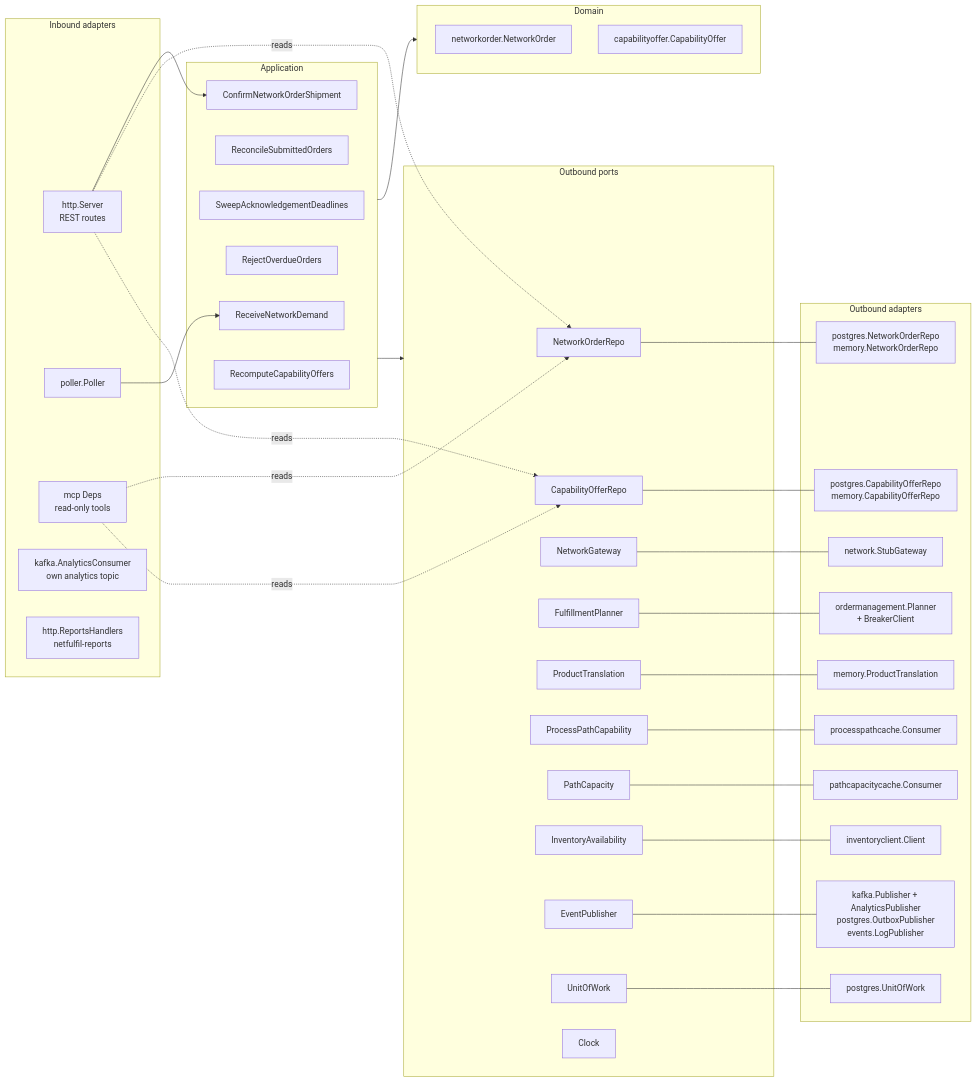
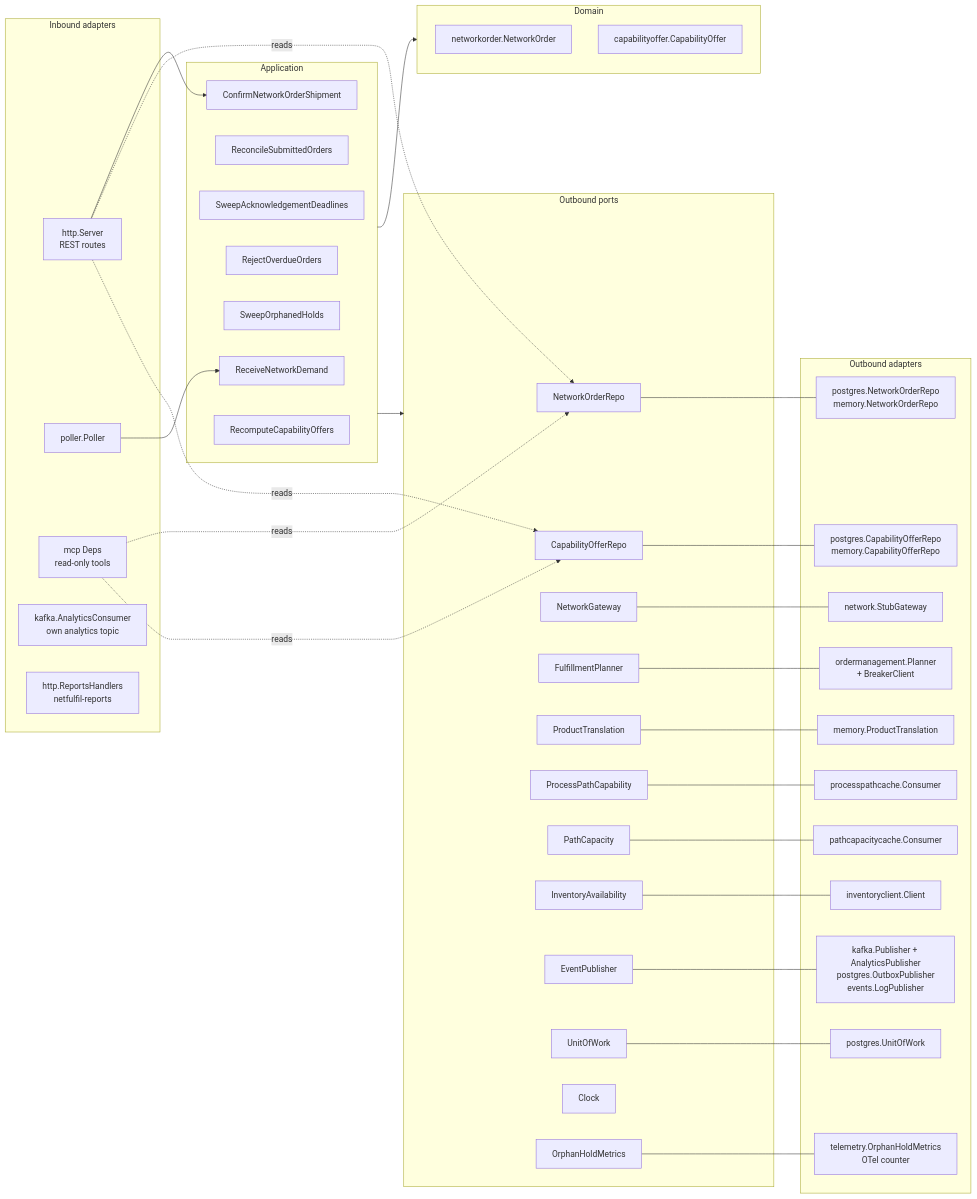
The fourth of 4 diagrams in docs/contexts/network-fulfillment/class-diagram.md (IQVO/warehouse-docs), drawn with Mermaid before and after one commit. The commit also changed other lines of this file and 53 other files, not shown here.

````diff
--- a/docs/contexts/network-fulfillment/class-diagram.md
+++ b/docs/contexts/network-fulfillment/class-diagram.md
@@ -246,65 +282,69 @@
 ```mermaid
 flowchart LR
     subgraph IN["Inbound adapters"]
         HTTP["http.Server<br/>REST routes"]
         POLL["poller.Poller"]
         MCP["mcp Deps<br/>read-only tools"]
         AK["kafka.AnalyticsConsumer<br/>own analytics topic"]
         RPT["http.ReportsHandlers<br/>netfulfil-reports"]
     end
     subgraph APP["Application"]
         UC1["ReceiveNetworkDemand"]
         UC2["ReconcileSubmittedOrders"]
         UC3["SweepAcknowledgementDeadlines"]
         UC4["RejectOverdueOrders"]
+        UC7["SweepOrphanedHolds"]
         UC5["ConfirmNetworkOrderShipment"]
         UC6["RecomputeCapabilityOffers"]
     end
     subgraph DOM["Domain"]
         NO["networkorder.NetworkOrder"]
         CO["capabilityoffer.CapabilityOffer"]
     end
     subgraph PORTS["Outbound ports"]
         P1["NetworkOrderRepo"]
         P2["CapabilityOfferRepo"]
         P3["NetworkGateway"]
         P4["FulfillmentPlanner"]
         P5["ProductTranslation"]
         P6["ProcessPathCapability"]
         P7["PathCapacity"]
         P8["InventoryAvailability"]
         P9["EventPublisher"]
         P10["UnitOfWork"]
         P11["Clock"]
+        P12["OrphanHoldMetrics"]
     end
     subgraph OUT["Outbound adapters"]
         A1["postgres.NetworkOrderRepo<br/>memory.NetworkOrderRepo"]
         A2["postgres.CapabilityOfferRepo<br/>memory.CapabilityOfferRepo"]
         A3["network.StubGateway"]
         A4["ordermanagement.Planner<br/>+ BreakerClient"]
         A5["memory.ProductTranslation"]
         A6["processpathcache.Consumer"]
         A7["pathcapacitycache.Consumer"]
         A8["inventoryclient.Client"]
         A9["kafka.Publisher + AnalyticsPublisher<br/>postgres.OutboxPublisher<br/>events.LogPublisher"]
         A10["postgres.UnitOfWork"]
+        A11["telemetry.OrphanHoldMetrics<br/>OTel counter"]
     end
     POLL --> UC1
     HTTP --> UC5
     HTTP -. reads .-> P1
     HTTP -. reads .-> P2
     MCP -. reads .-> P1
     MCP -. reads .-> P2
     APP --> DOM
     APP --> PORTS
     P1 --- A1
     P2 --- A2
     P3 --- A3
     P4 --- A4
     P5 --- A5
     P6 --- A6
     P7 --- A7
     P8 --- A8
     P9 --- A9
     P10 --- A10
+    P12 --- A11
 ```
````
